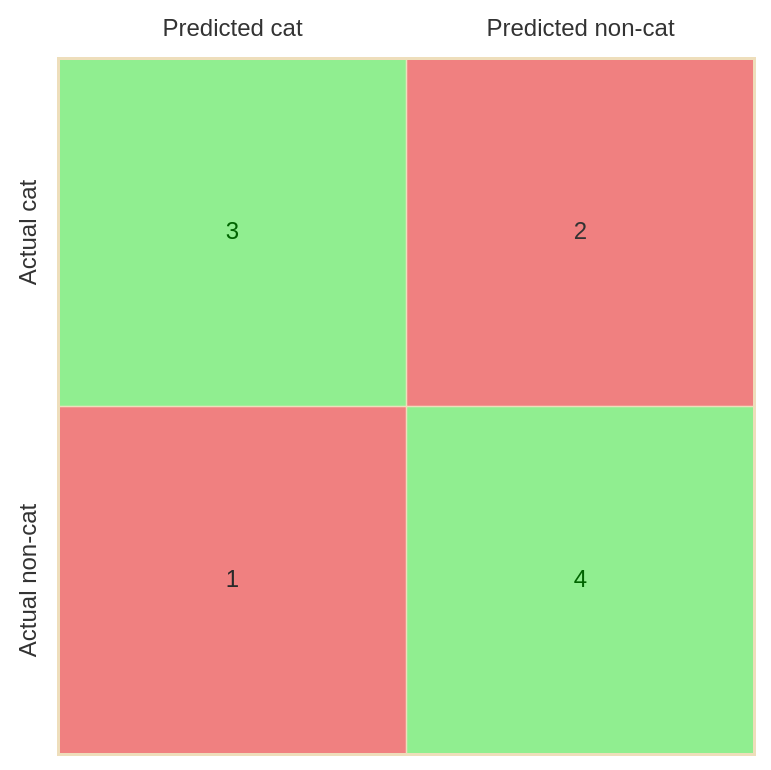
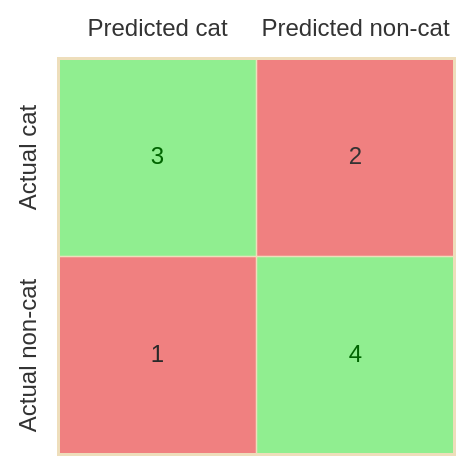
The diagram in Data Science Notes/DL Specialization/3. Structuring Machine Learning Projects/Week 1/ML Strategy 1.md (VanshDeshwal/notes), drawn with Mermaid before and after one commit.

Commit message:
vault backup: 2025-08-27 11:44:26

````diff
--- a/Data Science Notes/DL Specialization/3. Structuring Machine Learning Projects/Week 1/ML Strategy 1.md
+++ b/Data Science Notes/DL Specialization/3. Structuring Machine Learning Projects/Week 1/ML Strategy 1.md
@@ -39,21 +39,25 @@
 ```mermaid
 %%{init: {
   "theme": "base",
   "themeVariables": {
     "quadrant1Fill": "#f08080",
     "quadrant2TextFill": "#006400",
     "quadrant2Fill": "#90ee90",
     "quadrant3Fill": "#f08080",
     "quadrant4TextFill": "#006400",
     "quadrant4Fill": "#90ee90"
- 
+  },
+  "quadrantChart": {
+    "chartWidth": 300,
+    "chartHeight": 300
   }
 }}%%
 quadrantChart
     x-axis Predicted cat --> Predicted non-cat
     y-axis Actual non-cat --> Actual cat
     quadrant-1 2
     quadrant-2 3
     quadrant-3 1
     quadrant-4 4
+
 ```
````
